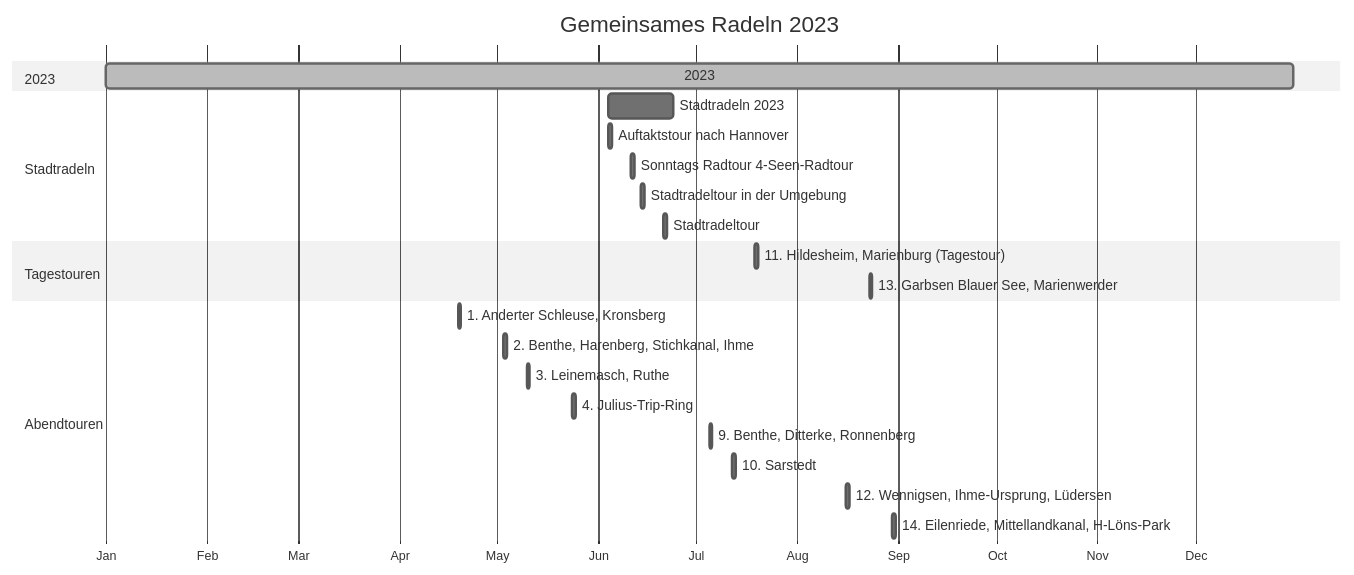
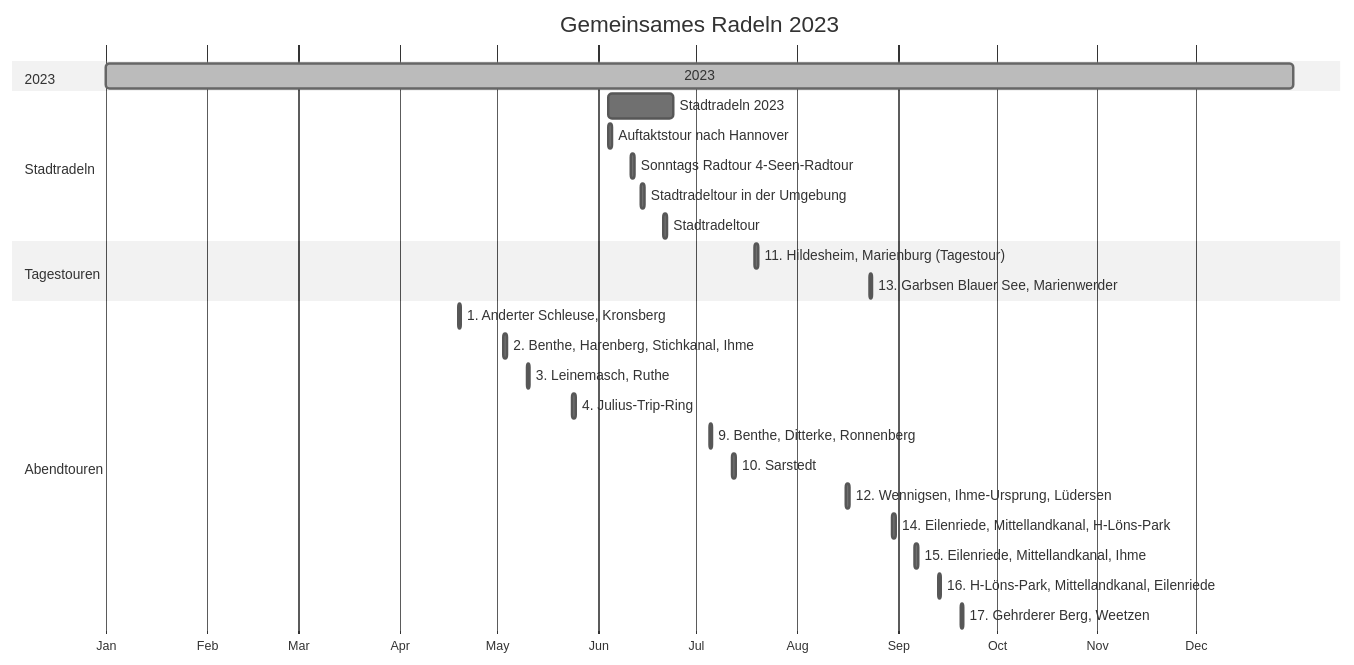
The diagram in Touren/Fahrradtouren2023.md (adfc-hemmingen-pattensen/pelican-md-soures), drawn with Mermaid (neutral theme) before and after one commit. The commit also changed other lines of this file, not shown here.

Commit message:
Update Fahrradtouren2023.md
Datum auf 31.12. erhöht

````diff
--- a/Touren/Fahrradtouren2023.md
+++ b/Touren/Fahrradtouren2023.md
@@ -10,32 +10,35 @@
 ``` mermaid
 gantt
 dateFormat  YYYY-MM-DD
 title Gemeinsames Radeln 2023
 axisFormat  %b
 todayMarker stroke-width:0px
 
 section 2023
 2023: done, 2023-01-01, 2023-12-31
 
 section Stadtradeln  
 Stadtradeln 2023:          action, 2023-06-04, 2023-06-24
 Auftaktstour nach Hannover:   2023-06-04, 1d
 Sonntags Radtour 4-Seen-Radtour:   2023-06-11, 1d
 Stadtradeltour in der Umgebung:     2023-06-14, 1d
 Stadtradeltour:     2023-06-21, 1d
 
 section Tagestouren
 11. Hildesheim, Marienburg (Tagestour): 2023-07-19, 1d
 13. Garbsen Blauer See, Marienwerder: 2023-08-23, 1d
 
 section Abendtouren
 1. Anderter Schleuse, Kronsberg:      2023-04-19, 1d
 2. Benthe, Harenberg, Stichkanal, Ihme: 2023-05-03, 1d
 3. Leinemasch, Ruthe: 2023-05-10, 1d
 4. Julius-Trip-Ring: 2023-05-24, 1d
 9. Benthe, Ditterke, Ronnenberg: 2023-07-05, 1d
 10. Sarstedt: 2023-07-12, 1d
 12. Wennigsen, Ihme-Ursprung, Lüdersen: 2023-08-16, 1d
 14. Eilenriede, Mittellandkanal, H-Löns-Park: 2023-08-30, 1d
+15. Eilenriede, Mittellandkanal, Ihme: 2023-09-06, 1d
+16. H-Löns-Park, Mittellandkanal, Eilenriede : 2023-09-13, 1d
+17. Gehrderer Berg, Weetzen: 2023-09-20, 1d
 
 ```
````
